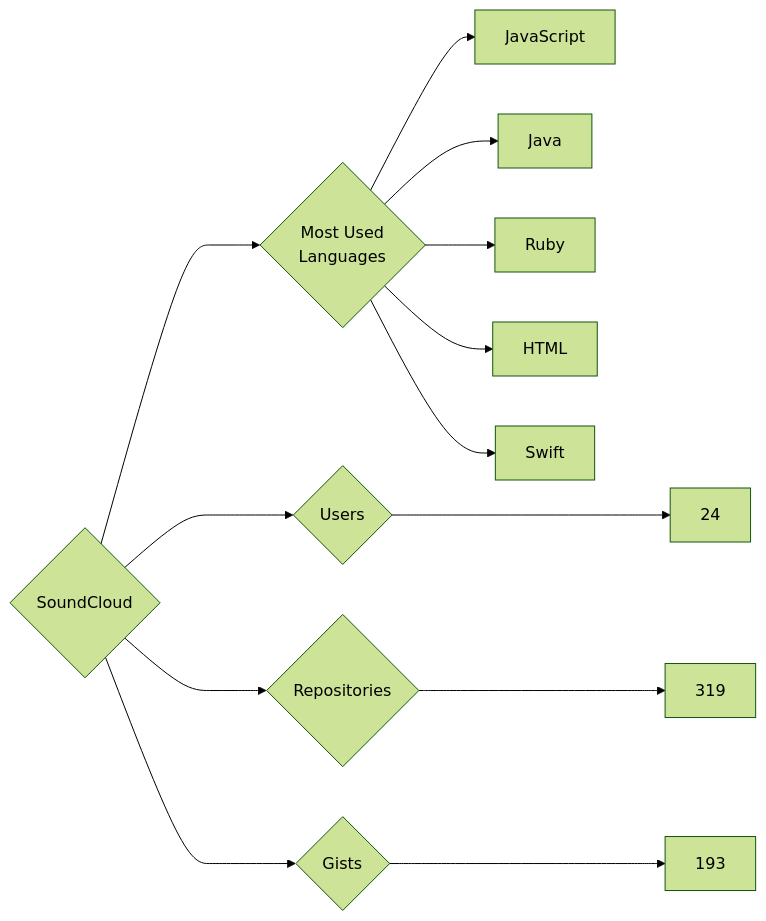
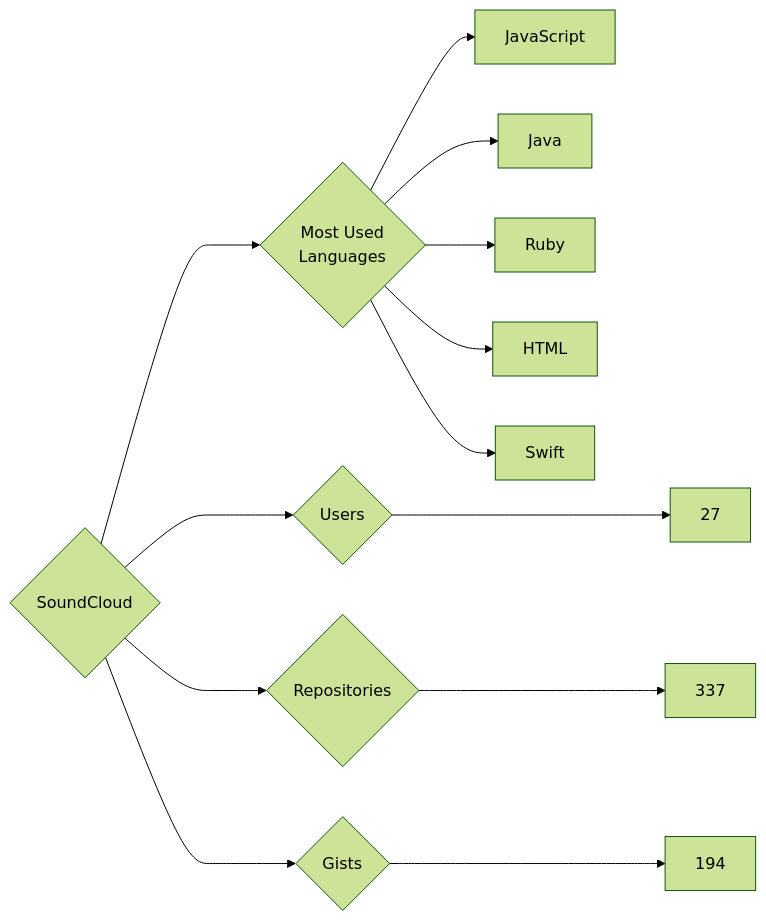
One commit to trickest/insiders changed the diagram in targets/SoundCloud/README.md. Above: the diagram before and after it, drawn with Mermaid (forest theme). The commit also changed 829 other files, not shown here.

````diff
--- a/targets/SoundCloud/README.md
+++ b/targets/SoundCloud/README.md
@@ -3,13 +3,13 @@
 ```mermaid
 graph LR
 COMPANY_NAME{SoundCloud}
-COMPANY_NAME ---> U{Users} ---> UN[24]
-COMPANY_NAME ---> R{Repositories} ---> RN[319]
-COMPANY_NAME ---> G{Gists} ---> GN[193]
+COMPANY_NAME ---> U{Users} ---> UN[27]
+COMPANY_NAME ---> R{Repositories} ---> RN[337]
+COMPANY_NAME ---> G{Gists} ---> GN[194]
 COMPANY_NAME ---> ML{Most Used<br>Languages}
 ML --> JavaScript[JavaScript]
 ML --> Java[Java]
 ML --> Ruby[Ruby]
 ML --> HTML[HTML]
 ML --> Swift[Swift]
 ```
````
